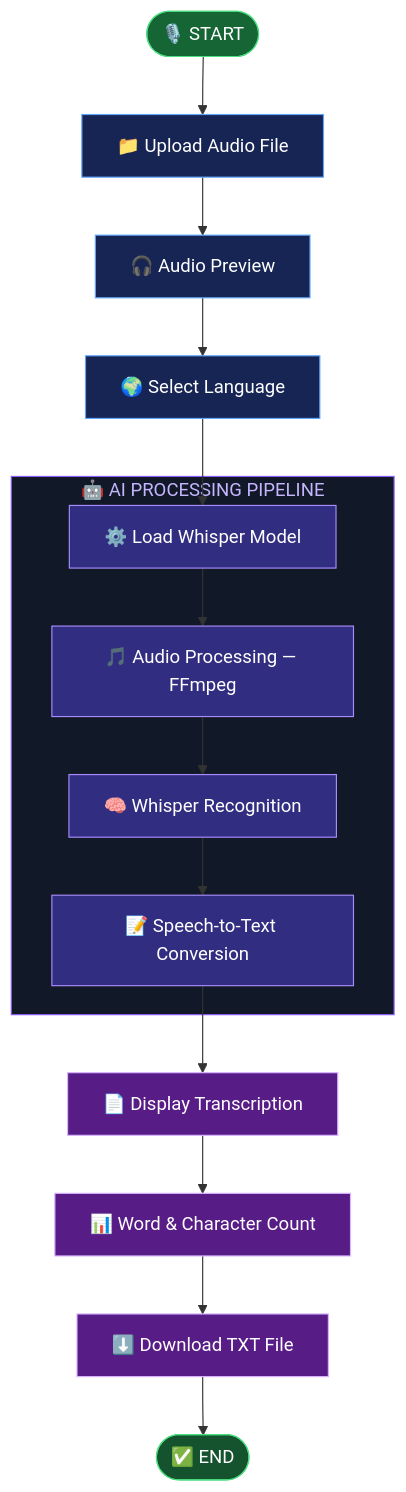
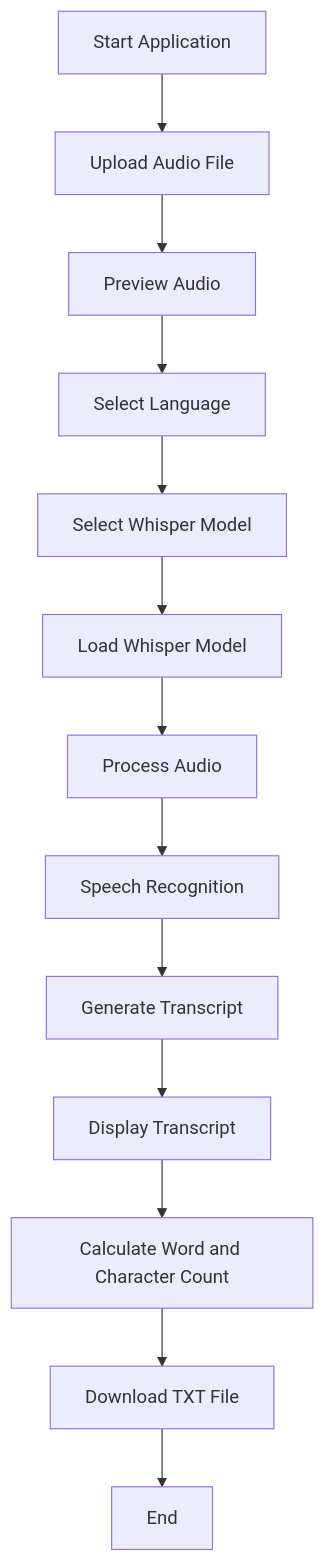
The diagram in README.md (21vicky/VoxScript-AI), drawn with Mermaid before and after one commit. The commit also changed other lines of this file, not shown here.

````diff
--- a/README.md
+++ b/README.md
@@ -105,34 +103,15 @@
 ```mermaid
 flowchart TD
-    A(["🎙️ START"]) --> B["📁 Upload Audio File"]
-    B --> C["🎧 Audio Preview"]
-    C --> D["🌍 Select Language"]
-
-    subgraph AI["🤖 AI PROCESSING PIPELINE"]
-        E["⚙️ Load Whisper Model"]
-        F["🎵 Audio Processing — FFmpeg"]
-        G["🧠 Whisper Recognition"]
-        H["📝 Speech-to-Text Conversion"]
-        E --> F --> G --> H
-    end
-
-    D --> E
-    H --> I["📄 Display Transcription"]
-    I --> J["📊 Word & Character Count"]
-    J --> K["⬇️ Download TXT File"]
-    K --> L(["✅ END"])
-
-    classDef start fill:#166534,stroke:#4ade80,color:#fff
-    classDef input fill:#172554,stroke:#60a5fa,color:#fff
-    classDef process fill:#312e81,stroke:#a78bfa,color:#fff
-    classDef output fill:#581c87,stroke:#d8b4fe,color:#fff
-    classDef finish fill:#14532d,stroke:#4ade80,color:#fff
-
-    class A start
-    class B,C,D input
-    class E,F,G,H process
-    class I,J,K output
-    class L finish
-
-    style AI fill:#111827,stroke:#8b5cf6,color:#c4b5fd
+    A[Start Application] --> B[Upload Audio File]
+    B --> C[Preview Audio]
+    C --> D[Select Language]
+    D --> E[Select Whisper Model]
+    E --> F[Load Whisper Model]
+    F --> G[Process Audio]
+    G --> H[Speech Recognition]
+    H --> I[Generate Transcript]
+    I --> J[Display Transcript]
+    J --> K[Calculate Word and Character Count]
+    K --> L[Download TXT File]
+    L --> M[End]
 ```
````
